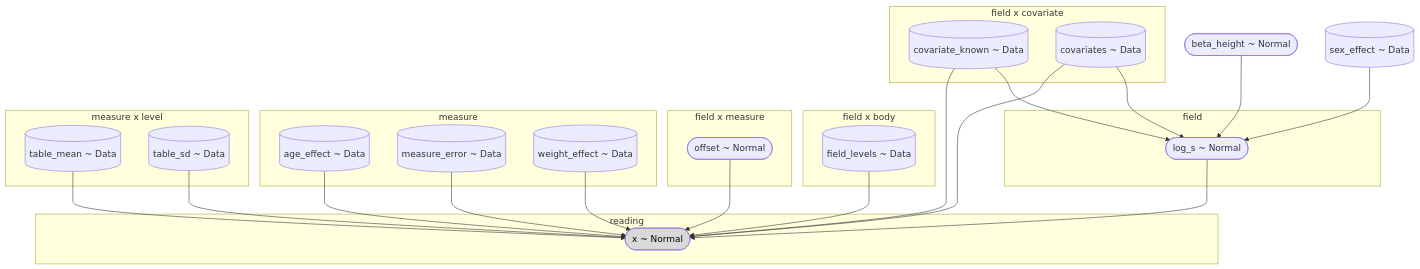
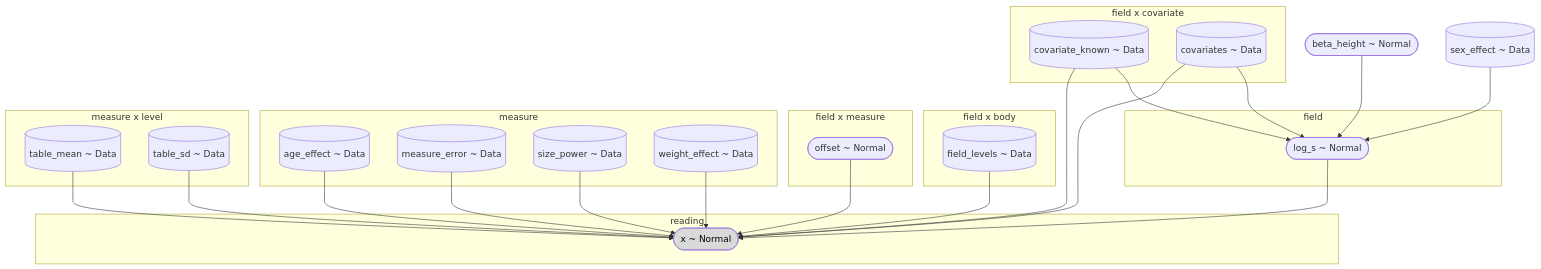
The diagram in schwingcheck/graphs/fixed_level.mmd (OpenSpineConsortium/bordercall), drawn with Mermaid before and after one commit. The commit also changed 22 other files, not shown here.

```diff
--- a/schwingcheck/graphs/fixed_level.mmd
+++ b/schwingcheck/graphs/fixed_level.mmd
@@ -1,54 +1,57 @@
 graph TD
     age_effect[("age_effect ~ Data")]
     beta_height(["beta_height ~ Normal"])
     covariate_known[("covariate_known ~ Data")]
     covariates[("covariates ~ Data")]
     field_levels[("field_levels ~ Data")]
     log_s(["log_s ~ Normal"])
     measure_error[("measure_error ~ Data")]
     offset(["offset ~ Normal"])
     sex_effect[("sex_effect ~ Data")]
+    size_power[("size_power ~ Data")]
     table_mean[("table_mean ~ Data")]
     table_sd[("table_sd ~ Data")]
     weight_effect[("weight_effect ~ Data")]
     x(["x ~ Normal"])
     style x fill:#d9d9d9,color:#000000
     beta_height --> log_s
     covariate_known --> log_s
     covariates --> log_s
     sex_effect --> log_s
     age_effect --> x
     covariate_known --> x
     covariates --> x
     field_levels --> x
     log_s --> x
     measure_error --> x
     offset --> x
+    size_power --> x
     table_mean --> x
     table_sd --> x
     weight_effect --> x
     subgraph plate1 ["field"]
         log_s
     end
     subgraph plate2 ["field x body"]
         field_levels
     end
     subgraph plate3 ["field x covariate"]
         covariate_known
         covariates
     end
     subgraph plate4 ["field x measure"]
         offset
     end
     subgraph plate5 ["measure"]
         age_effect
         measure_error
+        size_power
         weight_effect
     end
     subgraph plate6 ["measure x level"]
         table_mean
         table_sd
     end
     subgraph plate7 ["reading"]
         x
     end
```
